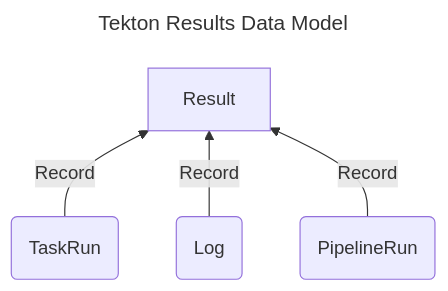
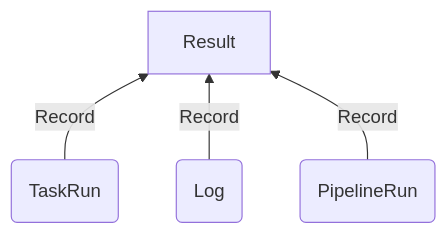
The second of 2 diagrams in docs/README.md (tektoncd/results), drawn with Mermaid before and after one commit.

Commit message:
remove title for tekton results data model which causes mermaid syntax error

````diff
--- a/docs/README.md
+++ b/docs/README.md
@@ -79,9 +79,6 @@
 ```mermaid
----
-title: Tekton Results Data Model 
----
 graph BT
   B(TaskRun) --> |Record| A[Result]
   C(Log) --> |Record| A
   D(PipelineRun) --> |Record| A
 ```
````
